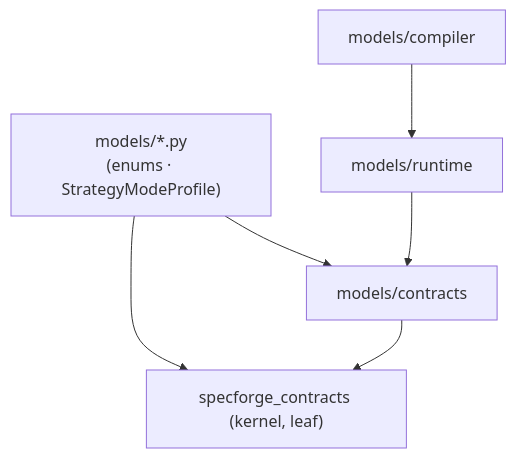
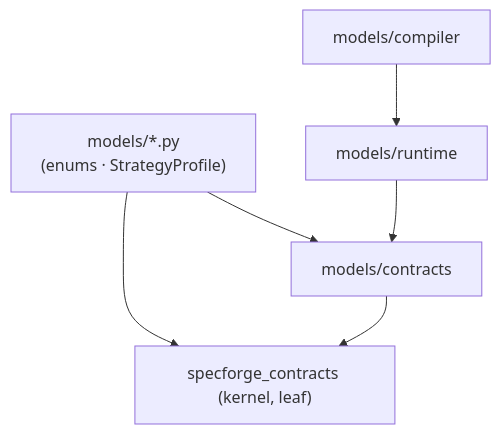
The first of 2 diagrams in docs/modules/specforge-engine/architecture.md (Spec-Forge-Testing/specforge-docs), drawn with Mermaid before and after one commit. The commit also changed other lines of this file and 39 other files, not shown here.

````diff
--- a/docs/modules/specforge-engine/architecture.md
+++ b/docs/modules/specforge-engine/architecture.md
@@ -120,8 +122,8 @@
 ```mermaid
 graph TD
-    root["models/*.py<br/>(enums · StrategyModeProfile)"] --> contracts
+    root["models/*.py<br/>(enums · StrategyProfile)"] --> contracts
     compiler["models/compiler"] --> engine["models/runtime"]
     engine --> contracts["models/contracts"]
     contracts --> kernel["specforge_contracts (kernel, leaf)"]
     root --> kernel
 ```
````
